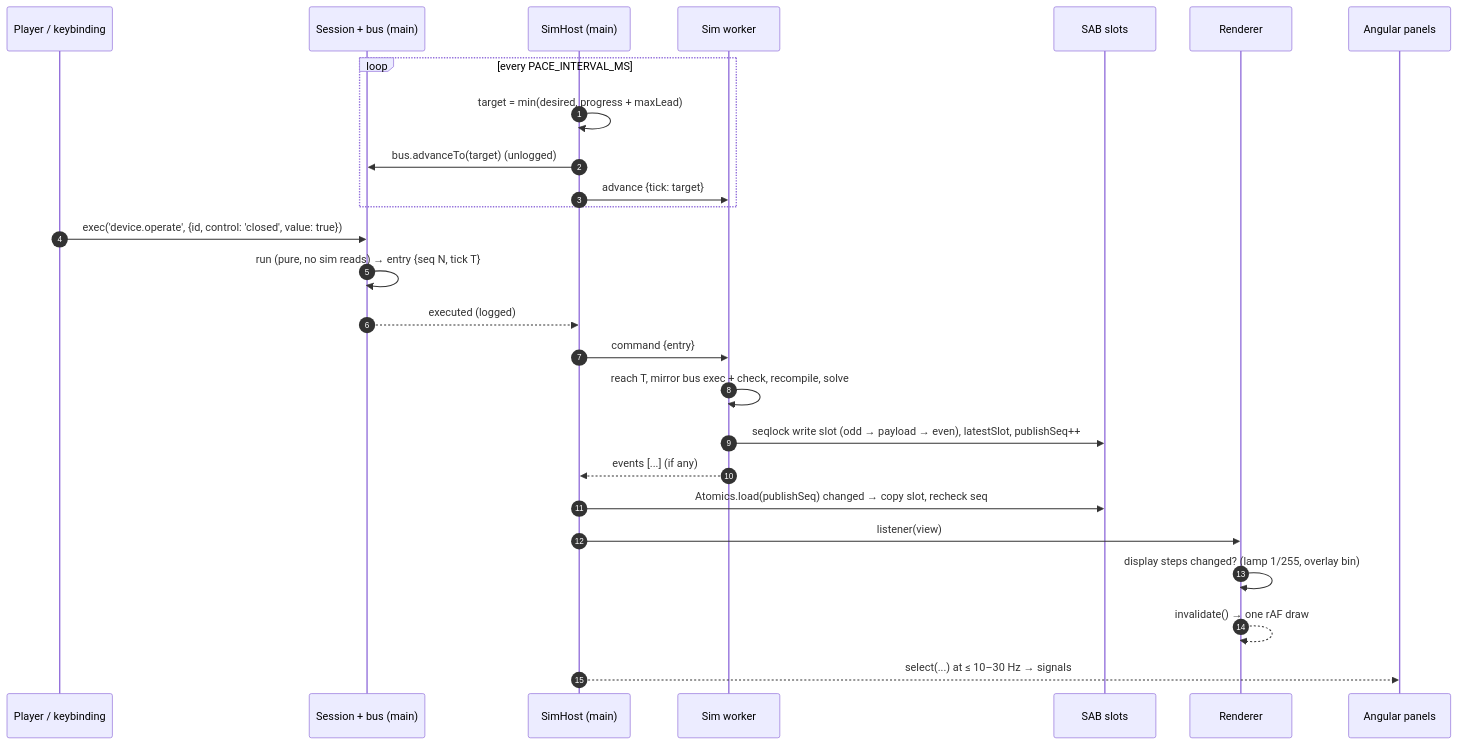
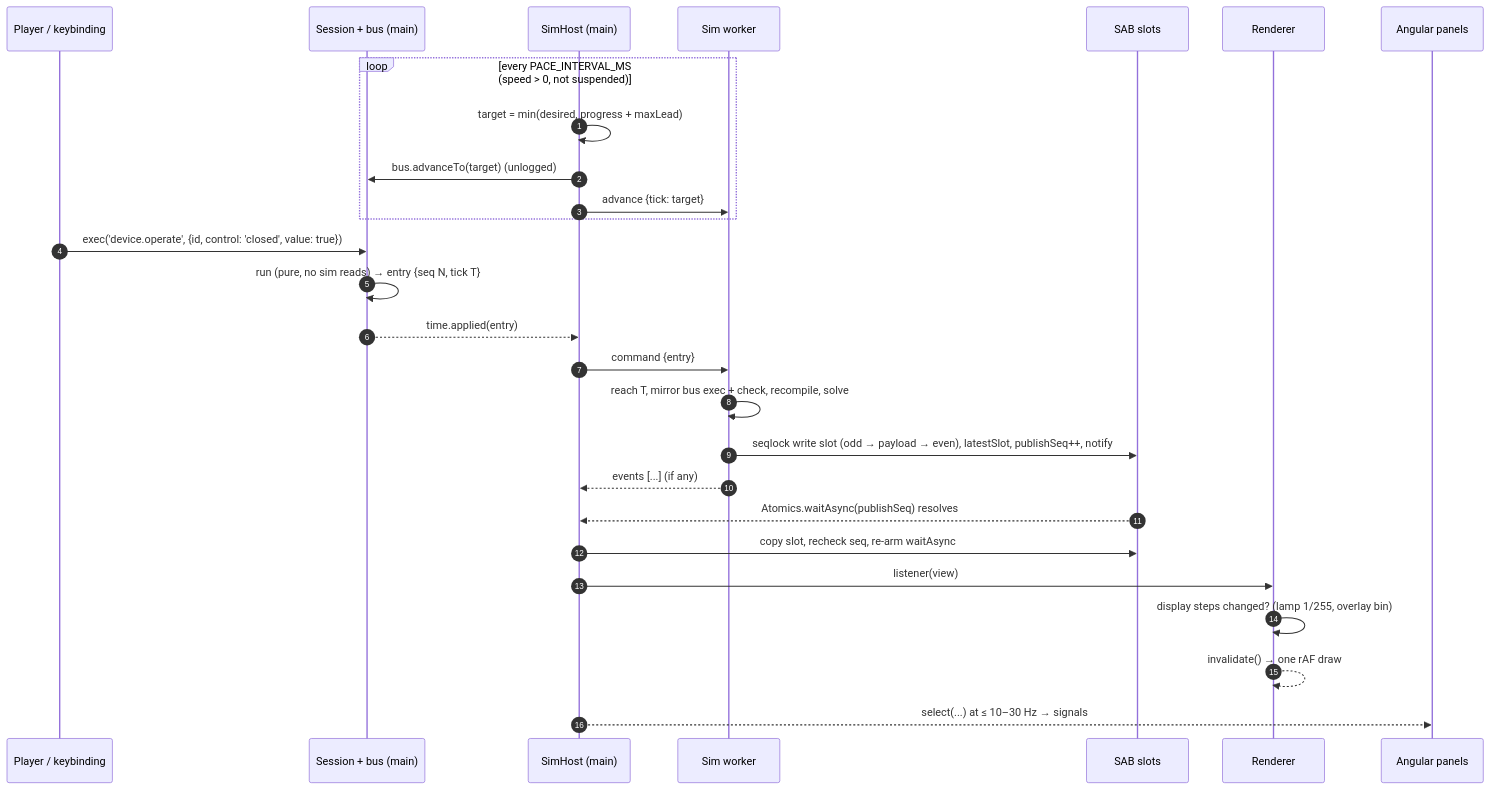
The second of 4 diagrams in docs/decisions/0011-sim-worker-contract.md (joebarbere/controls), drawn with Mermaid before and after one commit. The commit also changed other lines of this file and 2 other files, not shown here.

````diff
--- a/docs/decisions/0011-sim-worker-contract.md
+++ b/docs/decisions/0011-sim-worker-contract.md
@@ -442,29 +584,30 @@
 ```mermaid
 sequenceDiagram
     autonumber
     participant P as Player / keybinding
     participant S as Session + bus (main)
     participant H as SimHost (main)
     participant W as Sim worker
     participant B as SAB slots
     participant R as Renderer
     participant A as Angular panels
 
-    loop every PACE_INTERVAL_MS
+    loop every PACE_INTERVAL_MS (speed > 0, not suspended)
         H->>H: target = min(desired, progress + maxLead)
         H->>S: bus.advanceTo(target) (unlogged)
         H->>W: advance {tick: target}
     end
     P->>S: exec('device.operate', {id, control: 'closed', value: true})
     S->>S: run (pure, no sim reads) → entry {seq N, tick T}
-    S-->>H: executed (logged)
+    S-->>H: time.applied(entry)
     H->>W: command {entry}
     W->>W: reach T, mirror bus exec + check, recompile, solve
-    W->>B: seqlock write slot (odd → payload → even), latestSlot, publishSeq++
+    W->>B: seqlock write slot (odd → payload → even), latestSlot, publishSeq++, notify
     W-->>H: events [...] (if any)
-    H->>B: Atomics.load(publishSeq) changed → copy slot, recheck seq
+    B-->>H: Atomics.waitAsync(publishSeq) resolves
+    H->>B: copy slot, recheck seq, re-arm waitAsync
     H->>R: listener(view)
     R->>R: display steps changed? (lamp 1/255, overlay bin)
     R-->>R: invalidate() → one rAF draw
     H-->>A: select(...) at ≤ 10–30 Hz → signals
 ```
````
